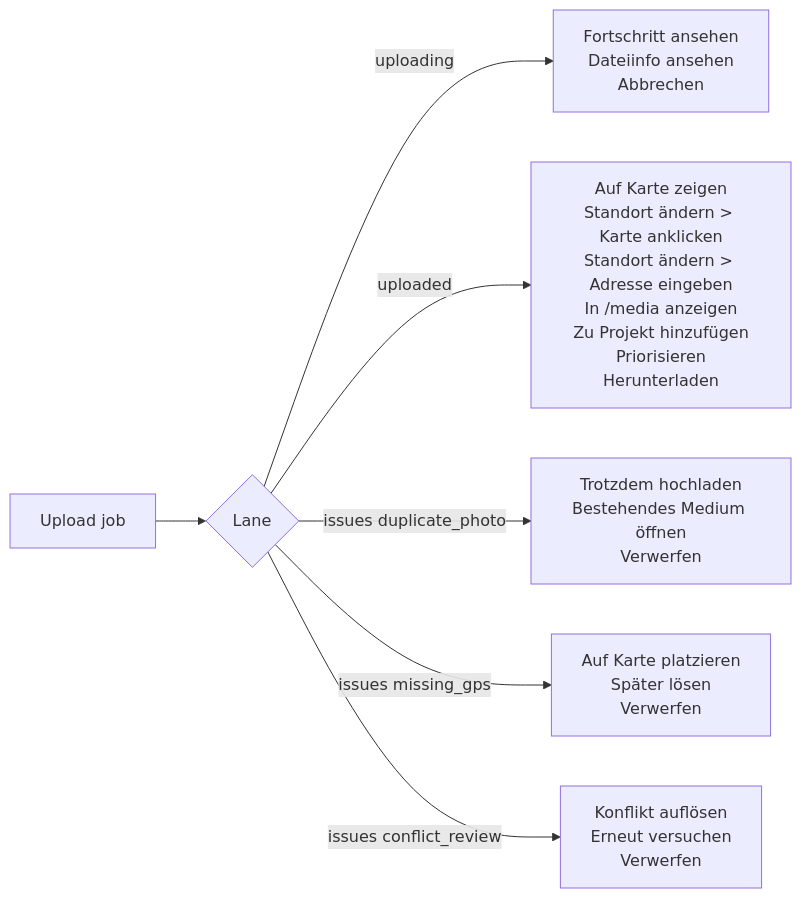
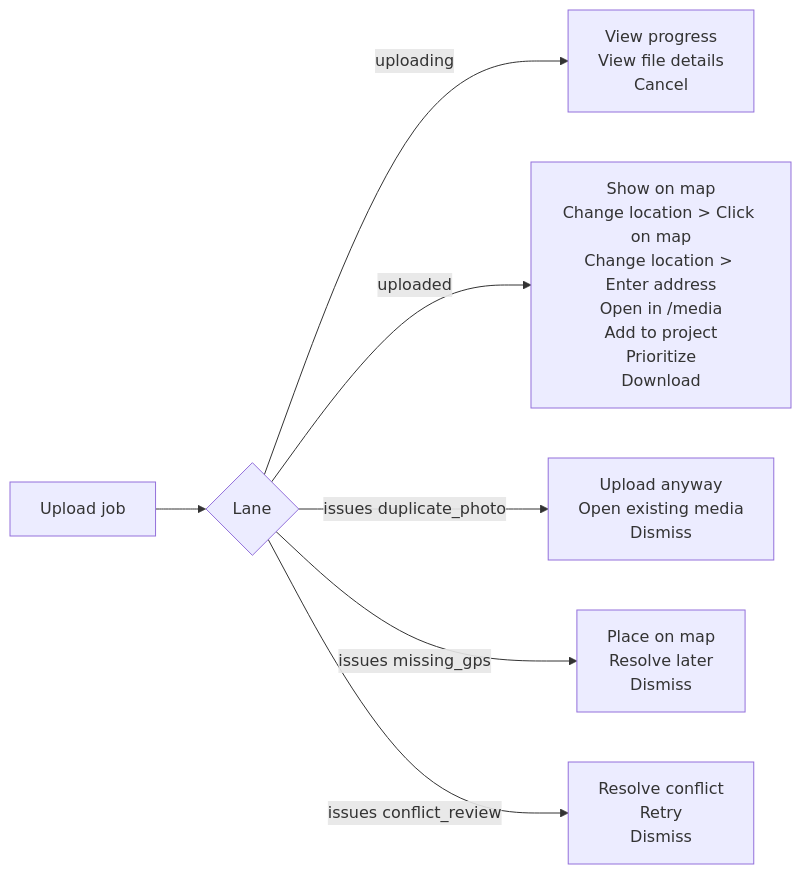
One commit to matkleve/feldpost changed the second of 6 diagrams in docs/element-specs/upload-panel.md. Above: the diagram before and after it, drawn with Mermaid. The commit also changed other lines of this file and 22 other files, not shown here.

Commit message:
feat(upload): implement location status consistency in RPCs and enhance upload panel with selection features

````diff
--- a/docs/element-specs/upload-panel.md
+++ b/docs/element-specs/upload-panel.md
@@ -134,9 +209,9 @@
 ```mermaid
 flowchart LR
   A[Upload job] --> B{Lane}
-  B -->|uploading| C[Fortschritt ansehen<br/>Dateiinfo ansehen<br/>Abbrechen]
-  B -->|uploaded| D[Auf Karte zeigen<br/>Standort ändern > Karte anklicken<br/>Standort ändern > Adresse eingeben<br/>In /media anzeigen<br/>Zu Projekt hinzufügen<br/>Priorisieren<br/>Herunterladen]
-  B -->|issues duplicate_photo| E[Trotzdem hochladen<br/>Bestehendes Medium öffnen<br/>Verwerfen]
-  B -->|issues missing_gps| F[Auf Karte platzieren<br/>Später lösen<br/>Verwerfen]
-  B -->|issues conflict_review| G[Konflikt auflösen<br/>Erneut versuchen<br/>Verwerfen]
+  B -->|uploading| C[View progress<br/>View file details<br/>Cancel]
+  B -->|uploaded| D[Show on map<br/>Change location > Click on map<br/>Change location > Enter address<br/>Open in /media<br/>Add to project<br/>Prioritize<br/>Download]
+  B -->|issues duplicate_photo| E[Upload anyway<br/>Open existing media<br/>Dismiss]
+  B -->|issues missing_gps| F[Place on map<br/>Resolve later<br/>Dismiss]
+  B -->|issues conflict_review| G[Resolve conflict<br/>Retry<br/>Dismiss]
 ```
````
